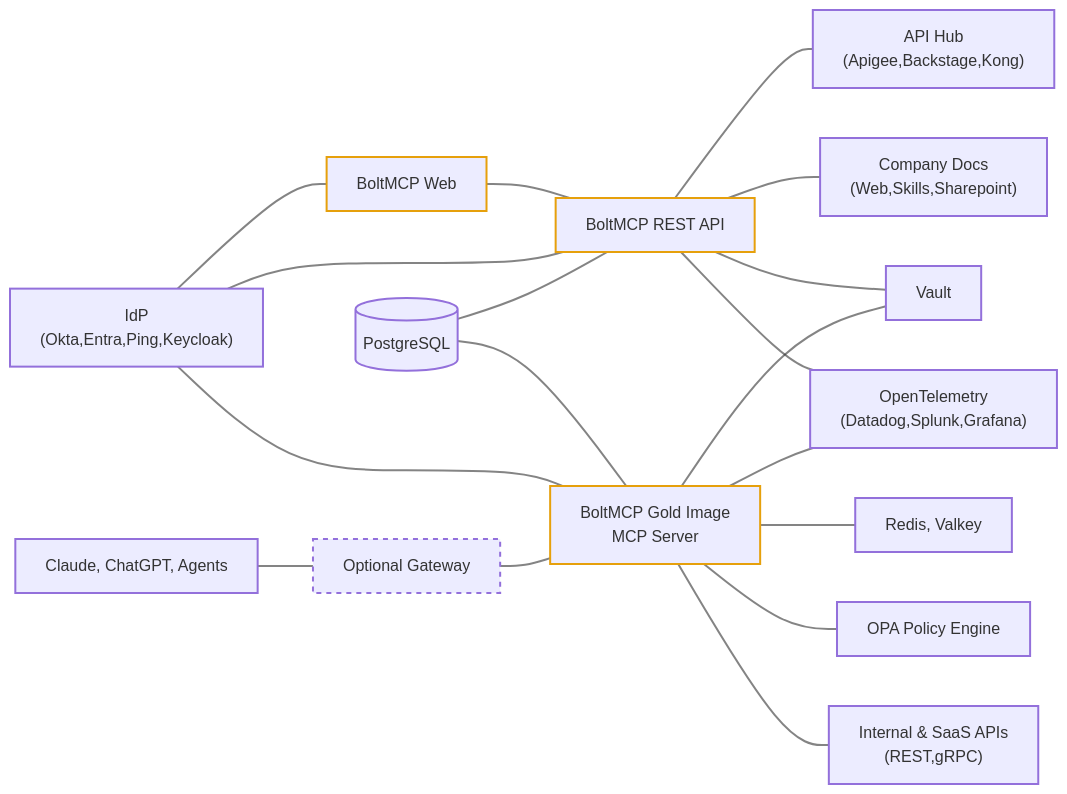
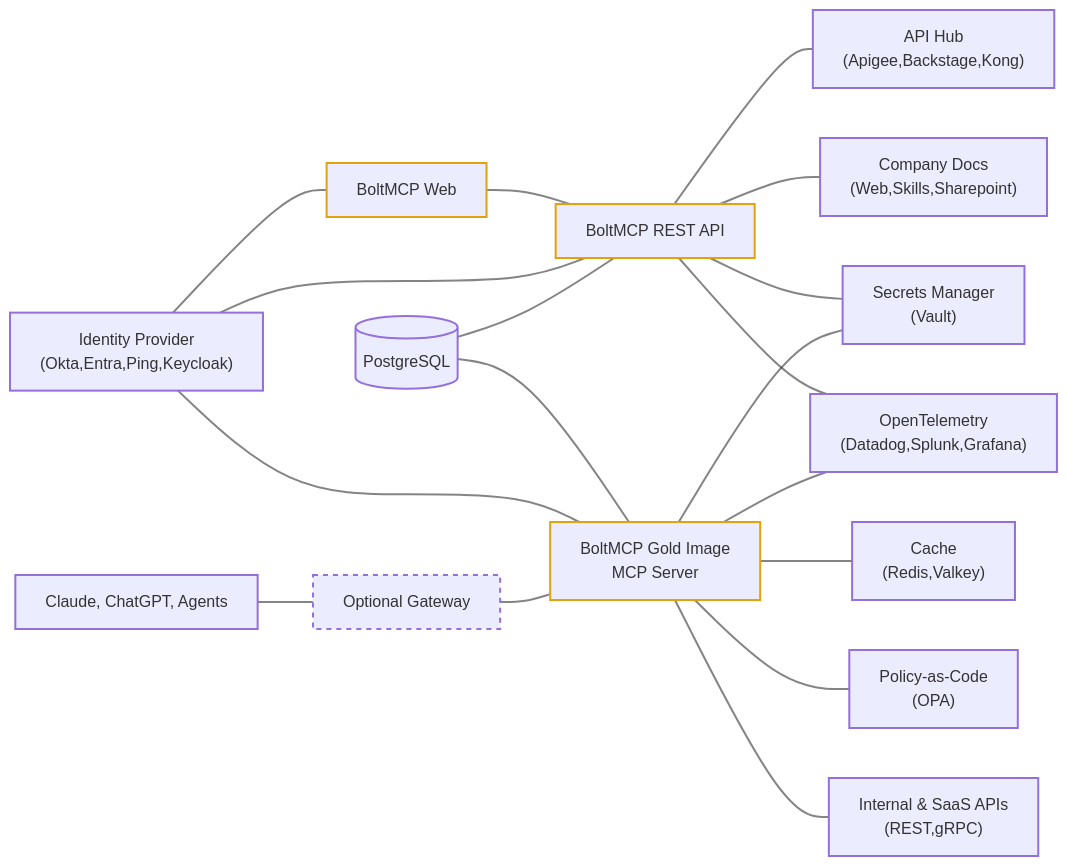
One commit to bhardwajRahul/open-mcp changed the diagram in docs/index.mdx. Above: the diagram before and after it, drawn with Mermaid. The commit also changed 7 other files, not shown here.

````diff
--- a/docs/index.mdx
+++ b/docs/index.mdx
@@ -10,42 +10,42 @@
 ```mermaid
 graph LR
   web[BoltMCP Web]
   api[BoltMCP REST API]
   gold[BoltMCP Gold Image<br/>MCP Server]
 
   database[(PostgreSQL)]
-  idp["IdP<br/>(Okta,Entra,Ping,Keycloak)"]
-  redis[Redis, Valkey]
-  vault[Vault]
-  policy[OPA Policy Engine]
+  idp["Identity Provider<br/>(Okta,Entra,Ping,Keycloak)"]
+  cache["Cache<br/>(Redis,Valkey)"]
+  vault["Secrets Manager<br/>(Vault)"]
+  policy["Policy-as-Code<br/>(OPA)"]
   observability["OpenTelemetry<br/>(Datadog,Splunk,Grafana)"]
   gateway[Optional Gateway]
   agents[Claude, ChatGPT, Agents]
   apis["Internal & SaaS APIs<br/>(REST,gRPC)"]
   apihub["API Hub<br/>(Apigee,Backstage,Kong)"]
   static["Company Docs<br/>(Web,Skills,Sharepoint)"]
 
   idp --- web
   web --- api
   idp --- api
   database --- api
   api --- apihub
   api --- static
   api --- vault
   api --- observability
   database --- gold
   idp --- gold
-  gold --- redis
+  gold --- cache
   gold --- vault
   gold --- policy
   gold --- observability
   gold --- apis
   agents --- gateway --- gold
 
   classDef default stroke-width:2px
   linkStyle default stroke-width:2px,opacity:0.6
   style web stroke:#e6a00c,stroke-width:2px
   style api stroke:#e6a00c,stroke-width:2px
   style gold stroke:#e6a00c,stroke-width:2px
   style gateway stroke-dasharray:5 5
 ```
````
